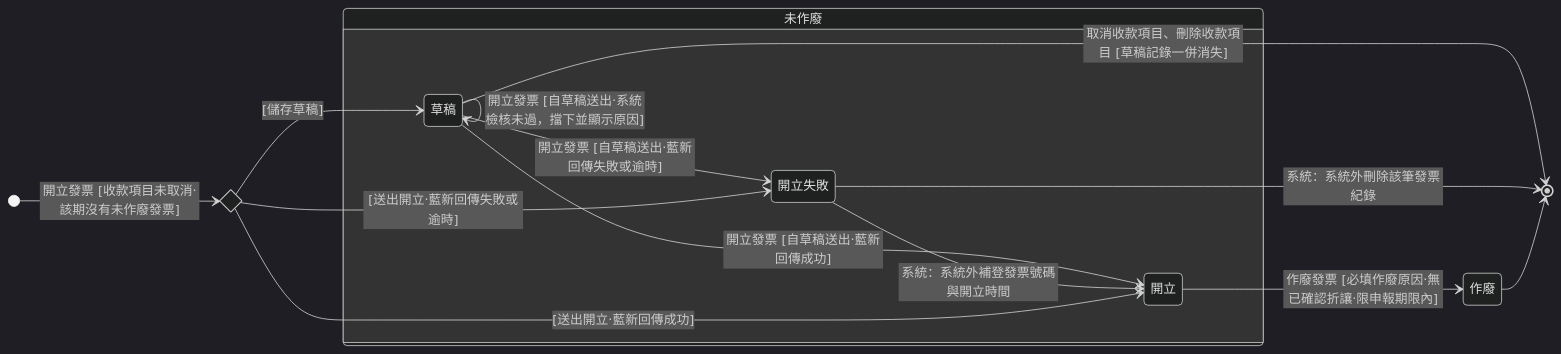
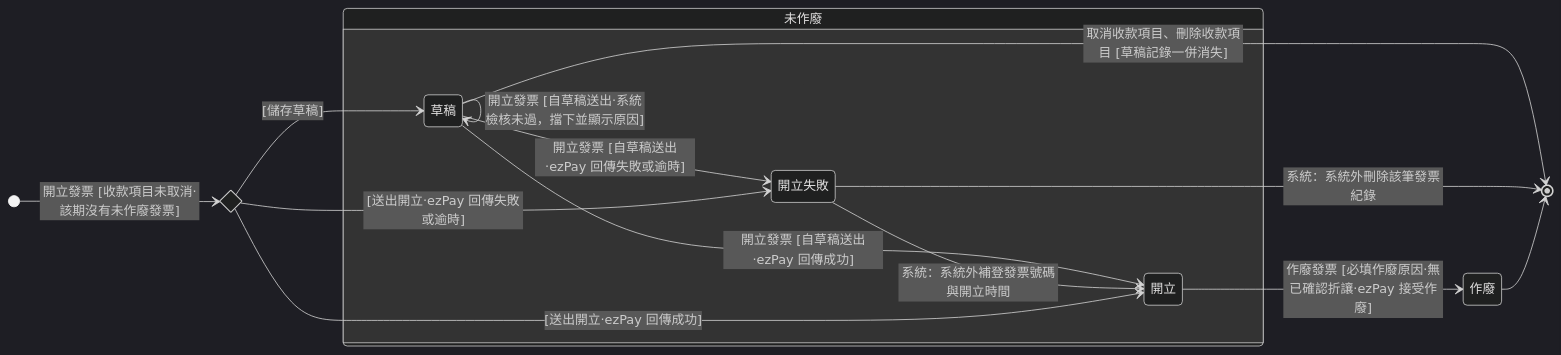
The diagram in memory/Sens_wiki/wiki/erp/06-state-machines/發票狀態.md (Kawato-Miles/erp-spec), drawn with Mermaid (dark theme) before and after one commit. The commit also changed other lines of this file and 109 other files, not shown here.

````diff
--- a/memory/Sens_wiki/wiki/erp/06-state-machines/發票狀態.md
+++ b/memory/Sens_wiki/wiki/erp/06-state-machines/發票狀態.md
@@ -41,28 +42,28 @@
 ```mermaid
 stateDiagram-v2
     direction LR
 
     state c_entry <<choice>>
     [*] --> c_entry : 開立發票 [收款項目未取消·該期沒有未作廢發票]
 
     state "未作廢" as g_active {
         direction LR
         state "草稿" as s_draft
         state "開立" as s_issued
         state "開立失敗" as s_failed
         s_draft --> s_draft : 開立發票 [自草稿送出·系統檢核未過，擋下並顯示原因]
-        s_draft --> s_issued : 開立發票 [自草稿送出·藍新回傳成功]
-        s_draft --> s_failed : 開立發票 [自草稿送出·藍新回傳失敗或逾時]
+        s_draft --> s_issued : 開立發票 [自草稿送出·ezPay 回傳成功]
+        s_draft --> s_failed : 開立發票 [自草稿送出·ezPay 回傳失敗或逾時]
         s_failed --> s_issued : 系統：系統外補登發票號碼與開立時間
     }
     state "作廢" as s_void
 
     c_entry --> s_draft : [儲存草稿]
-    c_entry --> s_issued : [送出開立·藍新回傳成功]
-    c_entry --> s_failed : [送出開立·藍新回傳失敗或逾時]
+    c_entry --> s_issued : [送出開立·ezPay 回傳成功]
+    c_entry --> s_failed : [送出開立·ezPay 回傳失敗或逾時]
 
     s_draft --> [*] : 取消收款項目、刪除收款項目 [草稿記錄一併消失]
     s_failed --> [*] : 系統：系統外刪除該筆發票紀錄
-    s_issued --> s_void : 作廢發票 [必填作廢原因·無已確認折讓·限申報期限內]
+    s_issued --> s_void : 作廢發票 [必填作廢原因·無已確認折讓·ezPay 接受作廢]
     s_void --> [*]
 ```
````
